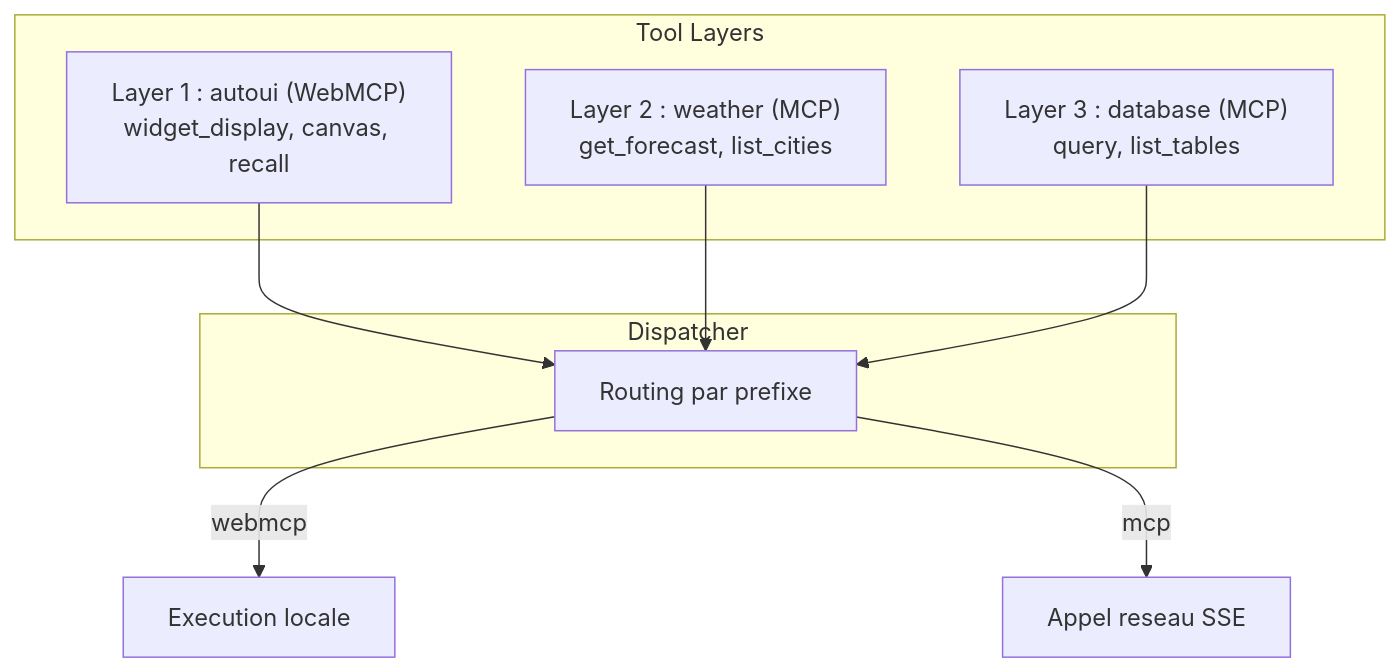
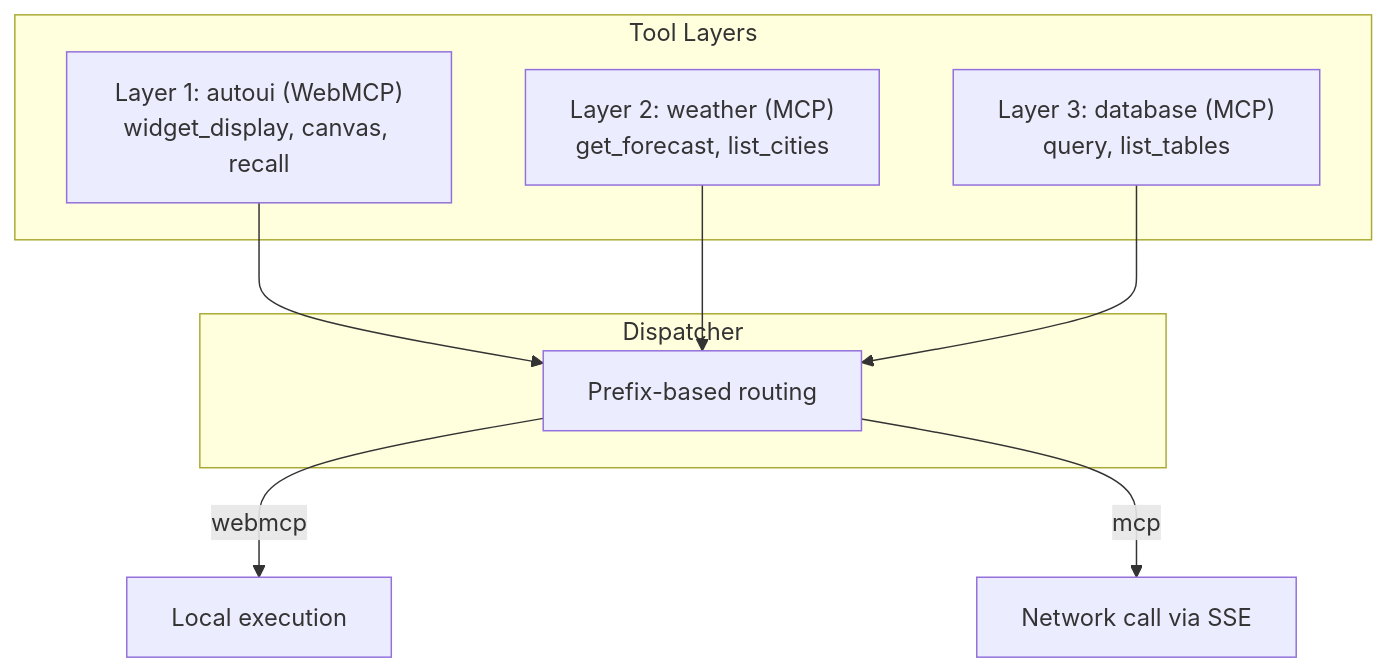
One commit to jeanbaptiste/webmcp-auto-ui changed the second of 4 diagrams in docs/starlight/src/content/docs/guide/architecture.mdx. Above: the diagram before and after it, drawn with Mermaid. The commit also changed other lines of this file and 94 other files, not shown here.

````diff
--- a/docs/starlight/src/content/docs/guide/architecture.mdx
+++ b/docs/starlight/src/content/docs/guide/architecture.mdx
@@ -188,19 +188,19 @@
 ```mermaid
 graph TB
     subgraph "Tool Layers"
-        L1["Layer 1 : autoui (WebMCP)<br/>widget_display, canvas, recall"]
-        L2["Layer 2 : weather (MCP)<br/>get_forecast, list_cities"]
-        L3["Layer 3 : database (MCP)<br/>query, list_tables"]
+        L1["Layer 1: autoui (WebMCP)<br/>widget_display, canvas, recall"]
+        L2["Layer 2: weather (MCP)<br/>get_forecast, list_cities"]
+        L3["Layer 3: database (MCP)<br/>query, list_tables"]
     end
 
     subgraph "Dispatcher"
-        D[Routing par prefixe]
+        D[Prefix-based routing]
     end
 
     L1 --> D
     L2 --> D
     L3 --> D
 
-    D -->|webmcp| LOCAL[Execution locale]
-    D -->|mcp| REMOTE[Appel reseau SSE]
+    D -->|webmcp| LOCAL[Local execution]
+    D -->|mcp| REMOTE[Network call via SSE]
 ```
````
